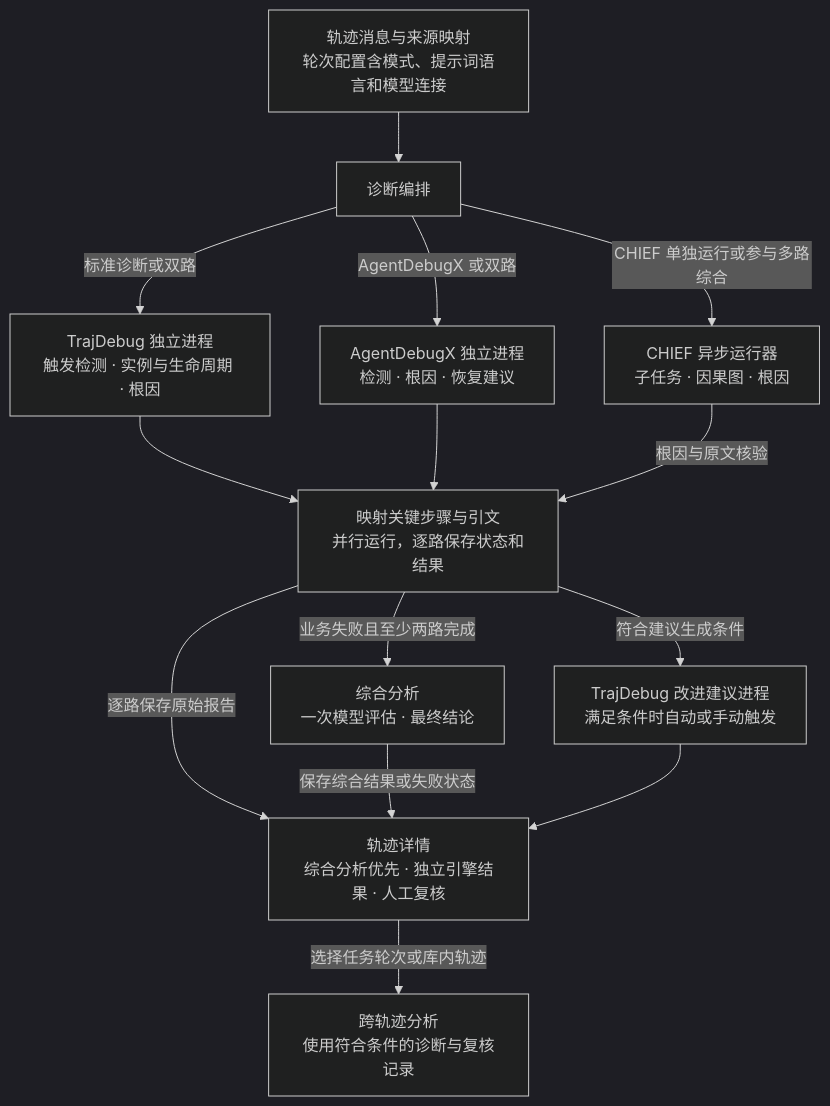
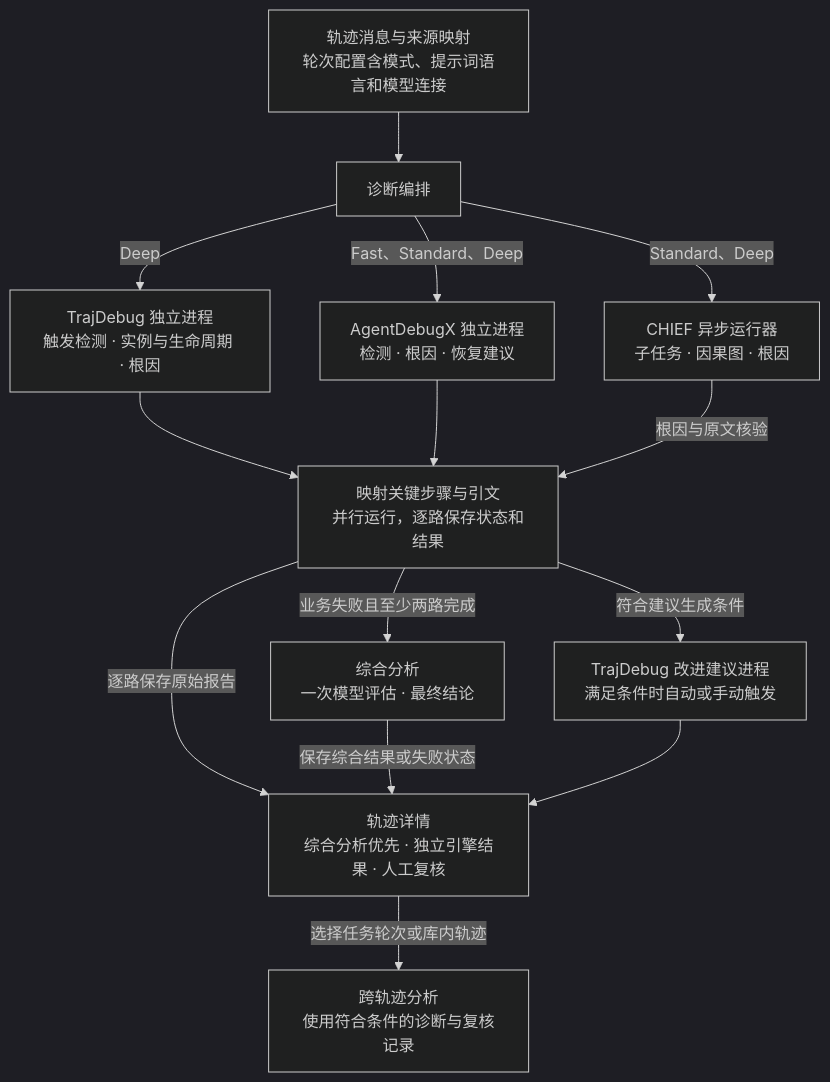
Before and after one commit to szluoqy-byte/agent-trace-diagnostics: the second of 2 diagrams in docs/architecture.md, drawn with Mermaid (dark theme). The commit also changed other lines of this file and 19 other files, not shown here.

Commit message:
统一 Fast、Standard、Deep 诊断等级

````diff
--- a/docs/architecture.md
+++ b/docs/architecture.md
@@ -48,27 +48,27 @@
 ```mermaid
 flowchart TB
     Input["轨迹消息与来源映射<br/>轮次配置含模式、提示词语言和模型连接"]
     Dispatch["诊断编排"]
     TD["TrajDebug 独立进程<br/>触发检测 · 实例与生命周期 · 根因"]
     AD["AgentDebugX 独立进程<br/>检测 · 根因 · 恢复建议"]
     CH["CHIEF 异步运行器<br/>子任务 · 因果图 · 根因"]
     Evidence["映射关键步骤与引文<br/>并行运行，逐路保存状态和结果"]
     Synthesis["综合分析<br/>一次模型评估 · 最终结论"]
     Feedback["TrajDebug 改进建议进程<br/>满足条件时自动或手动触发"]
     Report["轨迹详情<br/>综合分析优先 · 独立引擎结果 · 人工复核"]
     Aggregate["跨轨迹分析<br/>使用符合条件的诊断与复核记录"]
 
     Input --> Dispatch
-    Dispatch -->|标准诊断或双路| TD
-    Dispatch -->|AgentDebugX 或双路| AD
-    Dispatch -->|CHIEF 单独运行或参与多路综合| CH
+    Dispatch -->|Deep| TD
+    Dispatch -->|Fast、Standard、Deep| AD
+    Dispatch -->|Standard、Deep| CH
     TD --> Evidence
     AD --> Evidence
     CH -->|根因与原文核验| Evidence
     Evidence -->|逐路保存原始报告| Report
     Evidence -->|业务失败且至少两路完成| Synthesis
     Synthesis -->|保存综合结果或失败状态| Report
     Evidence -->|符合建议生成条件| Feedback
     Feedback --> Report
     Report -->|选择任务轮次或库内轨迹| Aggregate
 ```
````
